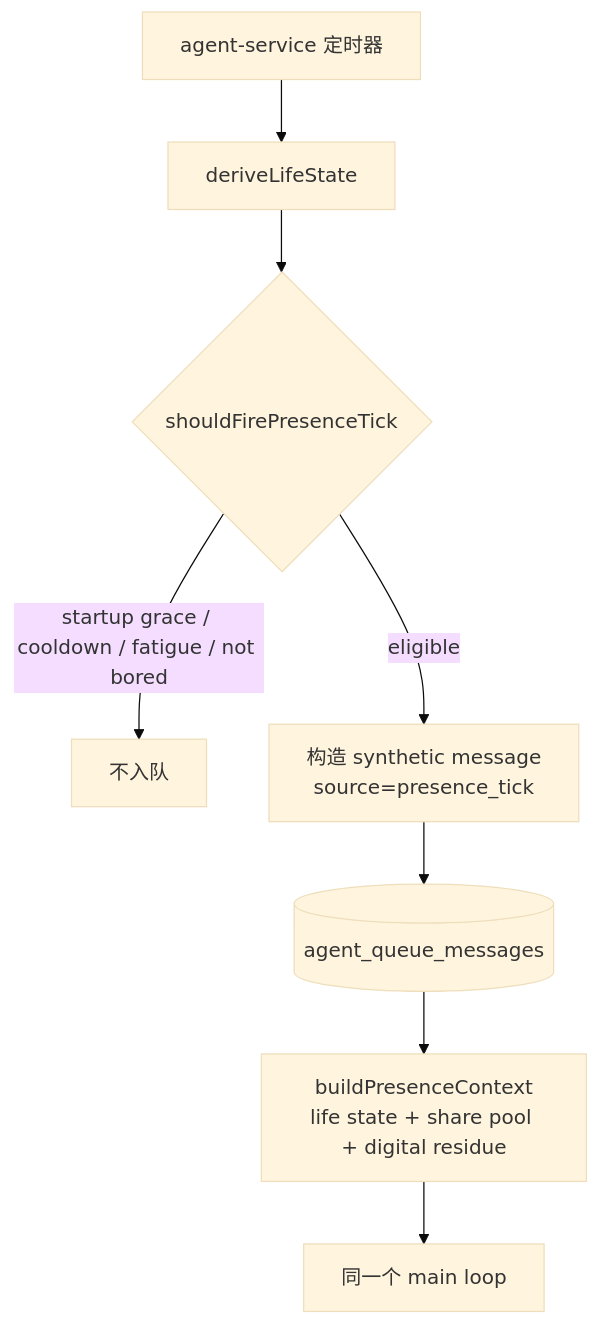
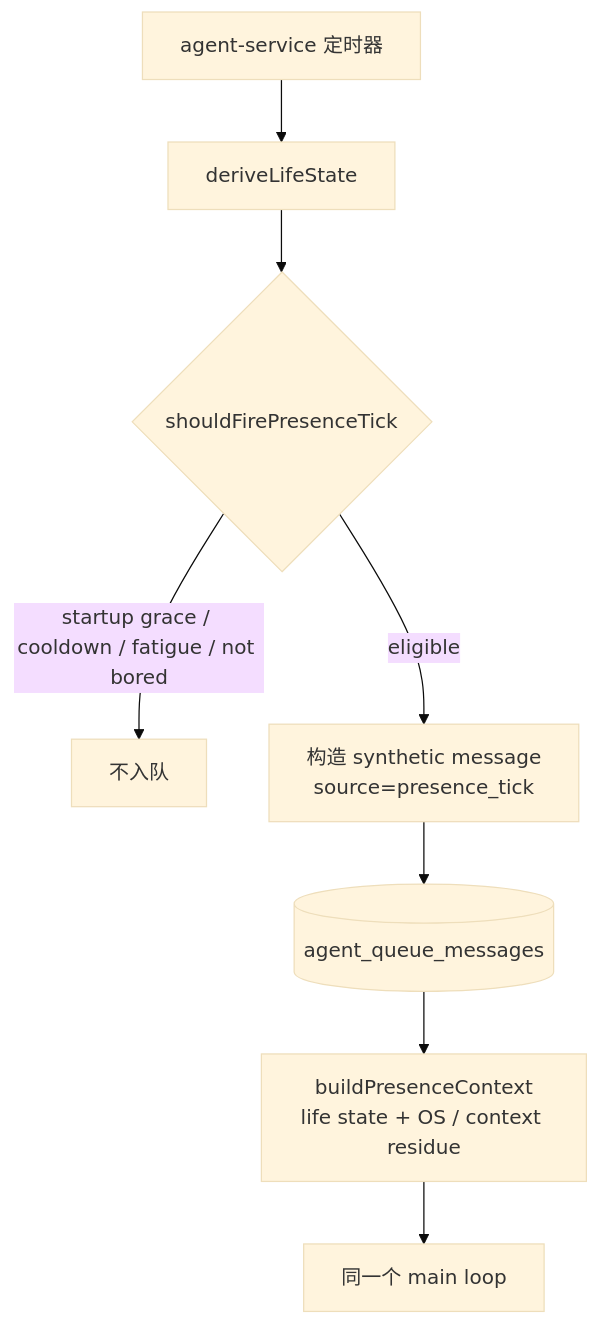
One commit to Hei-AI/xiaoni_cc changed the third of 3 diagrams in docs/XIAONI_SPEAKING_FLOW.md. Above: the diagram before and after it, drawn with Mermaid (base theme). The commit also changed other lines of this file and 7 other files, not shown here.

Commit message:
docs: sync Xiaoni runtime architecture docs

````diff
--- a/docs/XIAONI_SPEAKING_FLOW.md
+++ b/docs/XIAONI_SPEAKING_FLOW.md
@@ -74,10 +74,10 @@
 ```mermaid
 flowchart TD
   A[agent-service 定时器] --> B[deriveLifeState]
   B --> C{shouldFirePresenceTick}
   C -->|startup grace / cooldown / fatigue / not bored| D[不入队]
   C -->|eligible| E[构造 synthetic message<br/>source=presence_tick]
   E --> F[(agent_queue_messages)]
-  F --> G[buildPresenceContext<br/>life state + share pool + digital residue]
+  F --> G[buildPresenceContext<br/>life state + OS / context residue]
   G --> H[同一个 main loop]
 ```
````
